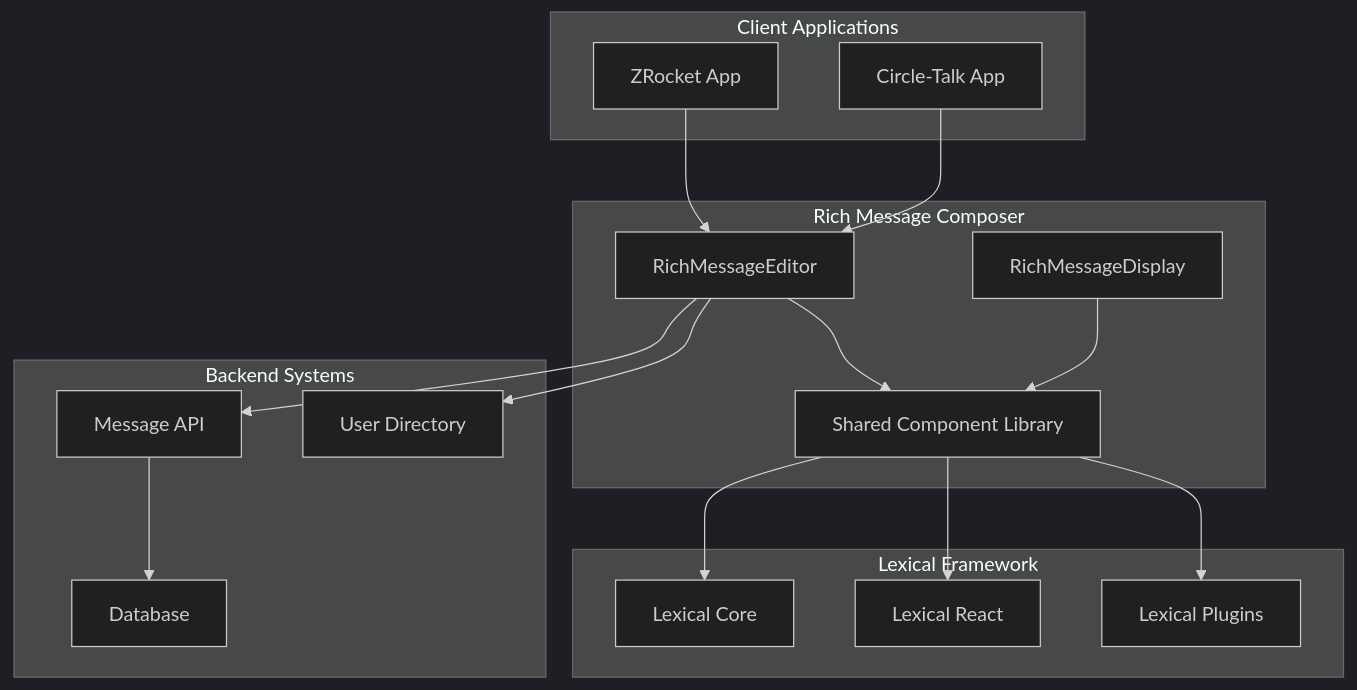
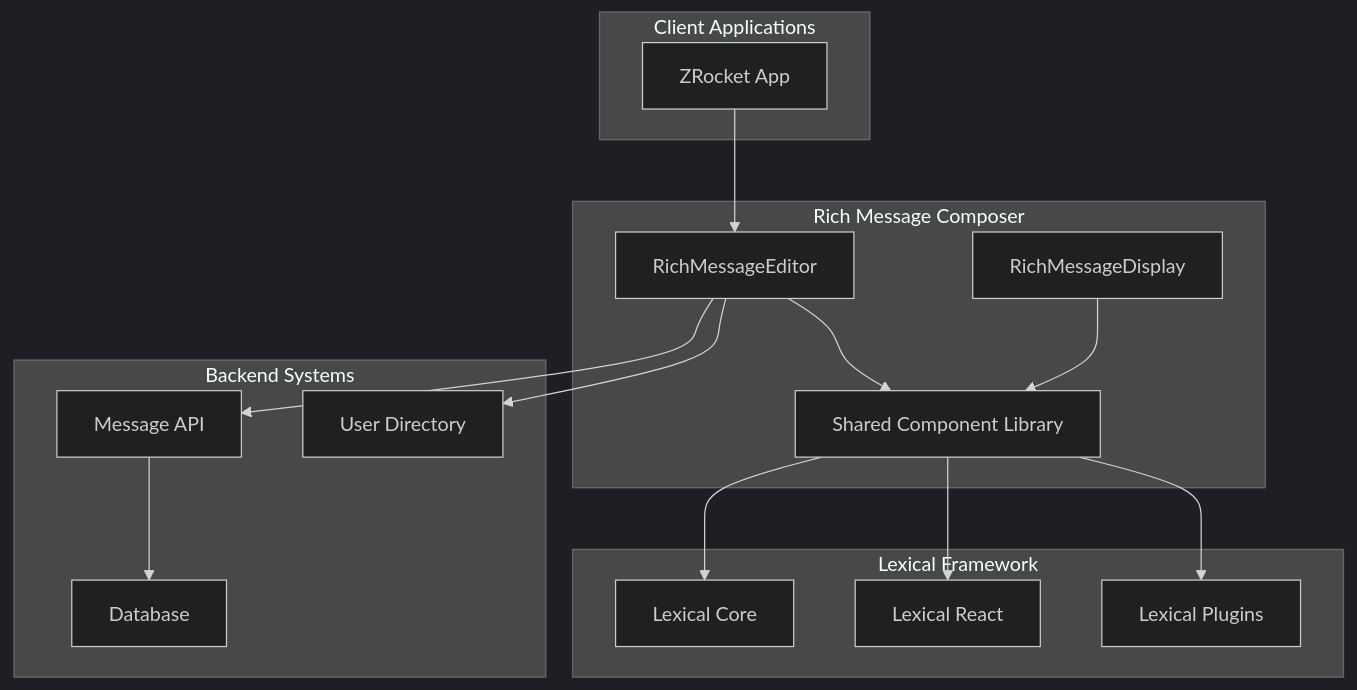
Before and after one commit to cbnsndwch/zero-sources: the first of 4 diagrams in docs/projects/proj-rich-message-composer/technical-architecture.md, drawn with Mermaid (dark theme). The commit also changed other lines of this file and 16 other files, not shown here.

````diff
--- a/docs/projects/proj-rich-message-composer/technical-architecture.md
+++ b/docs/projects/proj-rich-message-composer/technical-architecture.md
@@ -19,37 +19,35 @@
 ```mermaid
 graph TB
     subgraph "Client Applications"
         ZR[ZRocket App]
-        CT[Circle-Talk App]
     end
 
     subgraph "Rich Message Composer"
         RME[RichMessageEditor]
         RMD[RichMessageDisplay]
         LIB[Shared Component Library]
     end
 
     subgraph "Lexical Framework"
         CORE[Lexical Core]
         REACT[Lexical React]
         PLUGINS[Lexical Plugins]
     end
 
     subgraph "Backend Systems"
         API[Message API]
         DB[Database]
         USER[User Directory]
     end
 
     ZR --> RME
-    CT --> RME
     RME --> LIB
     RMD --> LIB
     LIB --> CORE
     LIB --> REACT
     LIB --> PLUGINS
 
     RME --> API
     API --> DB
     RME --> USER
 ```
````
